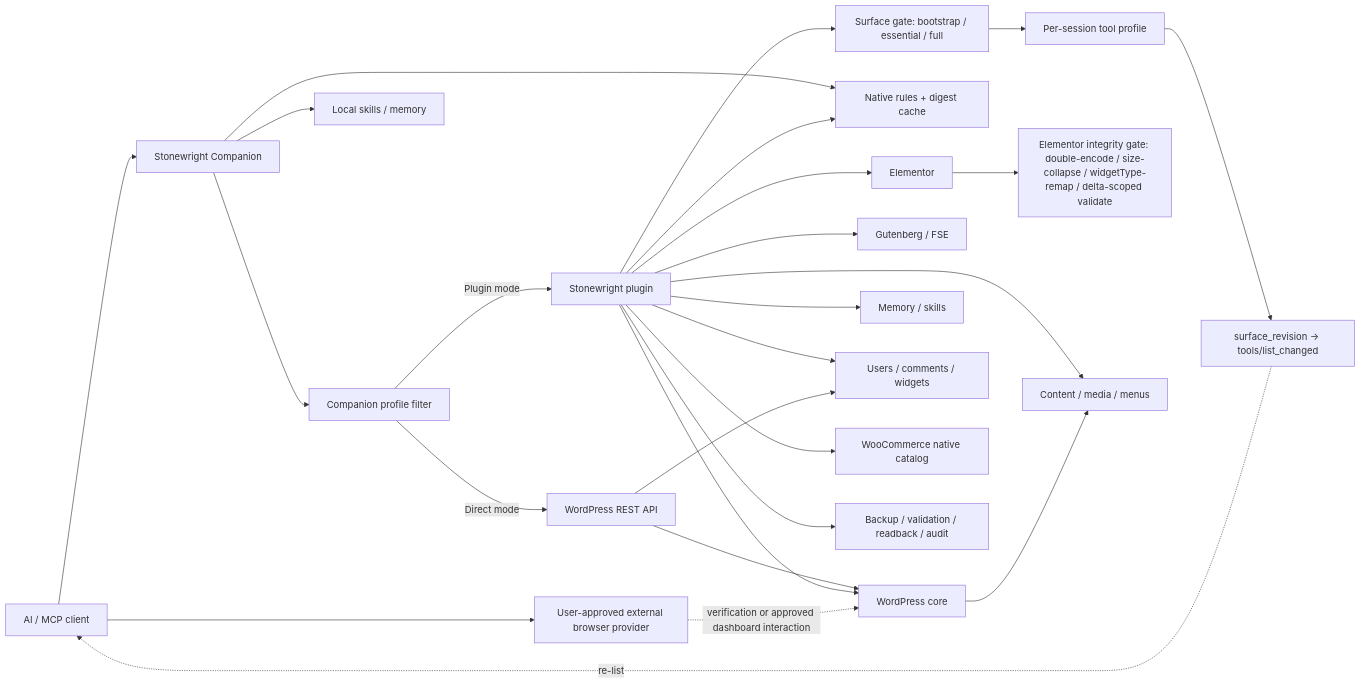
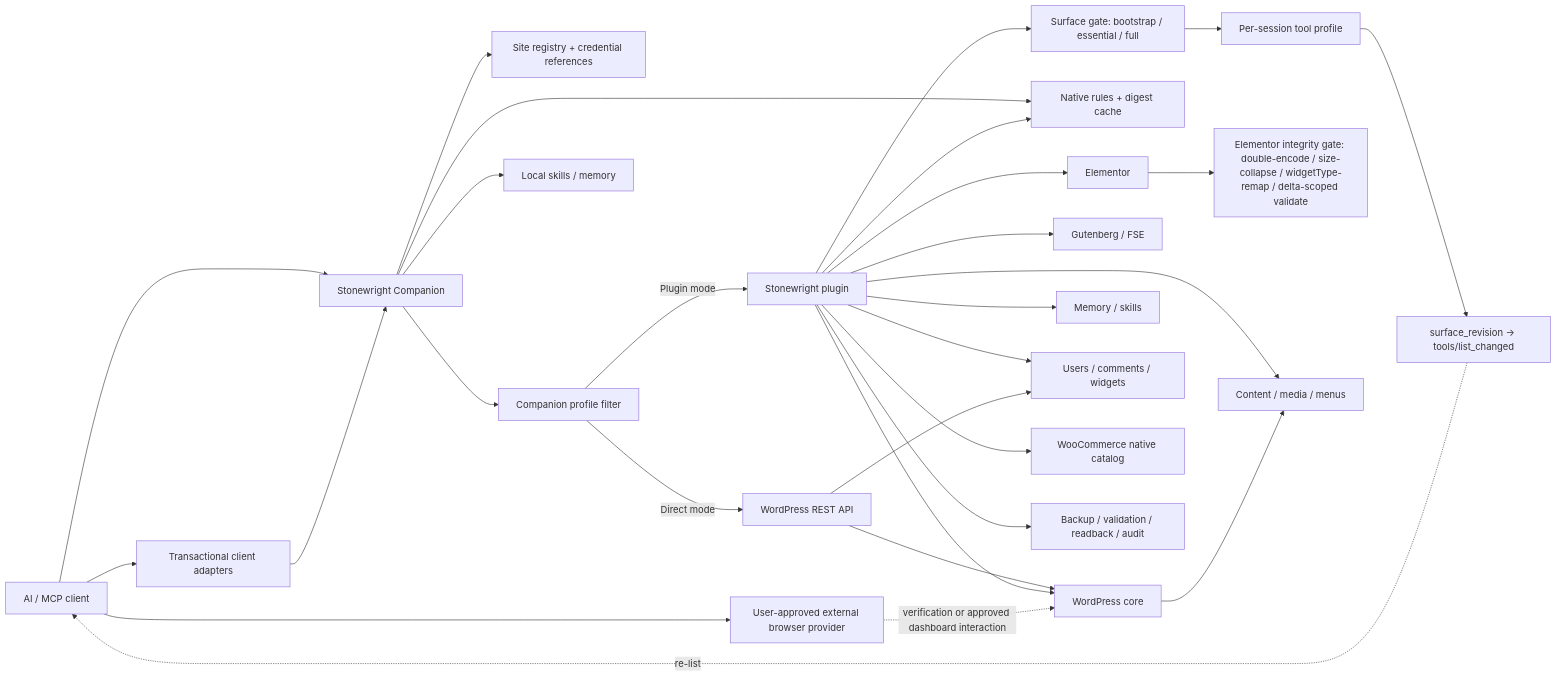
One commit to cosmincraciun97/stonewright-wp-mcp changed the diagram in README.md. Above: the diagram before and after it, drawn with Mermaid. The commit also changed other lines of this file and 24 other files, not shown here.

Commit message:
fix(companion): complete transactional multi-site setup

````diff
--- a/README.md
+++ b/README.md
@@ -306,48 +323,53 @@
 ```mermaid
 flowchart LR
   Client[AI / MCP client]
   Browser[User-approved external browser provider]
   Companion[Stonewright Companion]
+  Registry[Site registry + credential references]
+  Clients[Transactional client adapters]
   CompFilter[Companion profile filter]
   Plugin[Stonewright plugin]
   Surface[Surface gate: bootstrap / essential / full]
   Session[Per-session tool profile]
   Rev[surface_revision -> tools/list_changed]
   REST[WordPress REST API]
   Rules[Native rules + digest cache]
   WP[WordPress core]
   Guten[Gutenberg / FSE]
   Elem[Elementor]
   Integrity[Elementor integrity gate: double-encode / size-collapse / widgetType-remap / delta-scoped validate]
   Content[Content / media / menus]
   Mem[Memory / skills]
   Users[Users / comments / widgets]
   WC[WooCommerce native catalog]
   Gates[Backup / validation / readback / audit]
 
   Client --> Companion
+  Client --> Clients
+  Clients --> Companion
+  Companion --> Registry
   Client --> Browser
   Companion --> CompFilter
   Companion --> Rules
   CompFilter -->|Plugin mode| Plugin
   CompFilter -->|Direct mode| REST
   Companion --> Skills[Local skills / memory]
   Plugin --> Surface
   Surface --> Session
   Session --> Rev
   Rev -. re-list .-> Client
   Plugin --> Gates
   Plugin --> Rules
   Plugin --> Guten
   Plugin --> Elem
   Elem --> Integrity
   Plugin --> Content
   Plugin --> Mem
   Plugin --> Users
   Plugin --> WC
   REST --> Users
   REST --> WP
   WP --> Content
   Plugin --> WP
   Browser -. verification or approved dashboard interaction .-> WP
 ```
````
